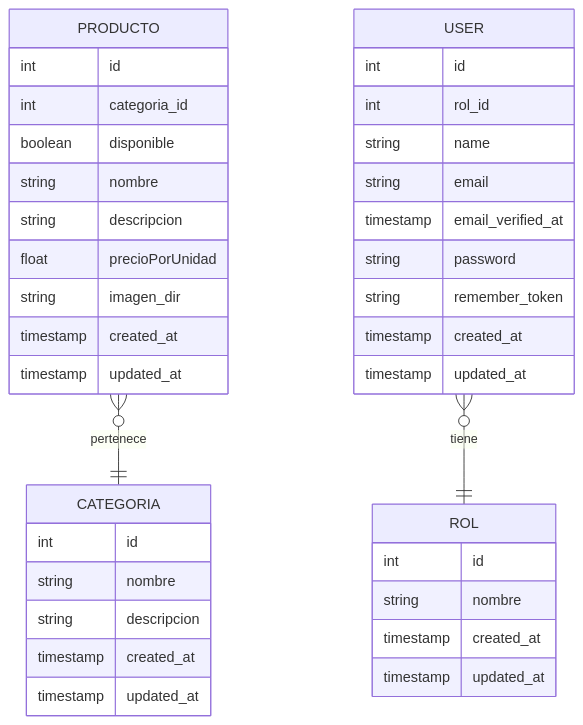
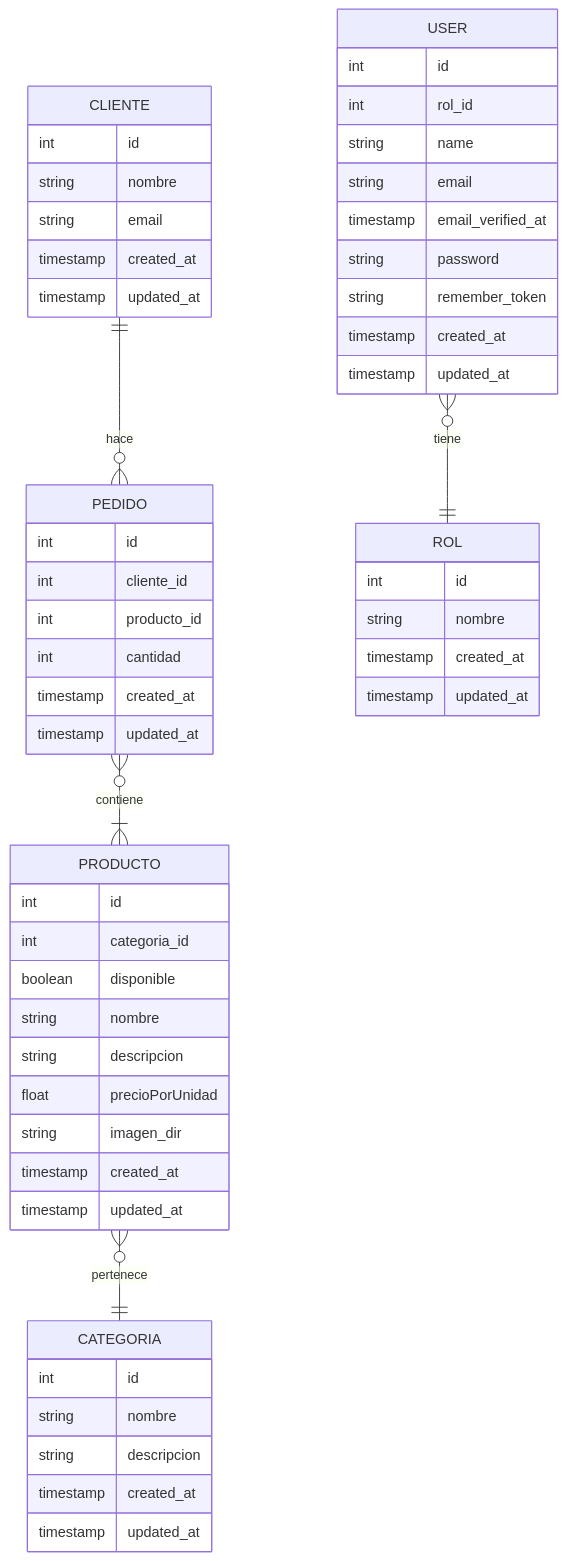
One commit to iaw-2022/AgustinGD-inicial changed the diagram in README.md. Above: the diagram before and after it, drawn with Mermaid.

Commit message:
Agregados Clientes que hacen Pedidos

````diff
--- a/README.md
+++ b/README.md
@@ -8,41 +8,58 @@
 ```mermaid
 erDiagram
+    CLIENTE ||--o{ PEDIDO : hace
+    CLIENTE{
+        int id
+        string nombre
+        string email
+        timestamp created_at
+        timestamp updated_at
+    }
+    PEDIDO }o--|{ PRODUCTO : contiene
+    PEDIDO{
+        int id
+        int cliente_id
+        int producto_id
+        int cantidad
+        timestamp created_at
+        timestamp updated_at
+    }
     PRODUCTO }o--|| CATEGORIA : pertenece
     PRODUCTO{
         int id
         int categoria_id
         boolean disponible
         string nombre
         string descripcion
         float precioPorUnidad
         string imagen_dir
         timestamp created_at
         timestamp updated_at
     }
     CATEGORIA{
         int id
         string nombre
         string descripcion
         timestamp created_at
         timestamp updated_at
     }
     
     USER }o--|| ROL : tiene
     USER{
         int id
         int rol_id        
         string name
         string email
         timestamp email_verified_at
         string password
         string remember_token
         timestamp created_at
         timestamp updated_at
     }
     ROL{
         int id
         string nombre
         timestamp created_at
         timestamp updated_at
     }
 ```
````
